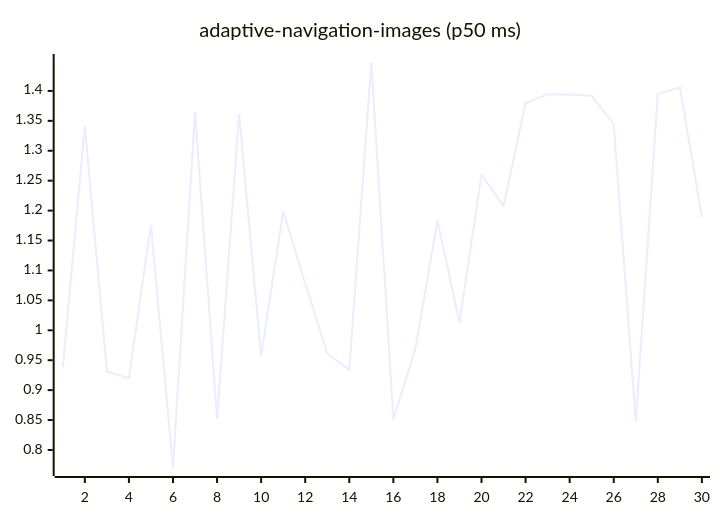
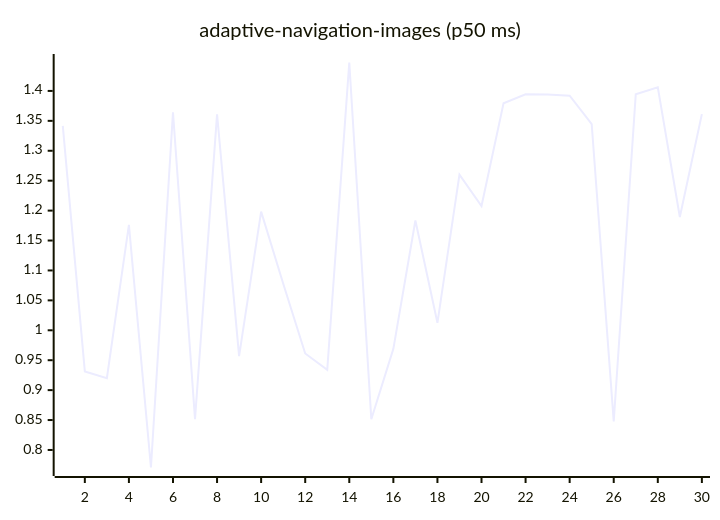
Before and after one commit to josha/Facet: the first of 27 diagrams in README.md, drawn with Mermaid. The commit also changed other lines of this file and 2 other files, not shown here.

````diff
--- a/README.md
+++ b/README.md
@@ -63,6 +63,6 @@
 ```mermaid
 xychart-beta
     title "adaptive-navigation-images (p50 ms)"
     x-axis 1 --> 30
-    line [0.9380, 1.3415, 0.9312, 0.9201, 1.1763, 0.7707, 1.3642, 0.8516, 1.3610, 0.9567, 1.1983, 1.0783, 0.9612, 0.9339, 1.4475, 0.8514, 0.9690, 1.1835, 1.0125, 1.2600, 1.2076, 1.3793, 1.3944, 1.3942, 1.3921, 1.3447, 0.8475, 1.3944, 1.4060, 1.1893]
+    line [1.3415, 0.9312, 0.9201, 1.1763, 0.7707, 1.3642, 0.8516, 1.3610, 0.9567, 1.1983, 1.0783, 0.9612, 0.9339, 1.4475, 0.8514, 0.9690, 1.1835, 1.0125, 1.2600, 1.2076, 1.3793, 1.3944, 1.3942, 1.3921, 1.3447, 0.8475, 1.3944, 1.4060, 1.1893, 1.3612]
 ```
````
